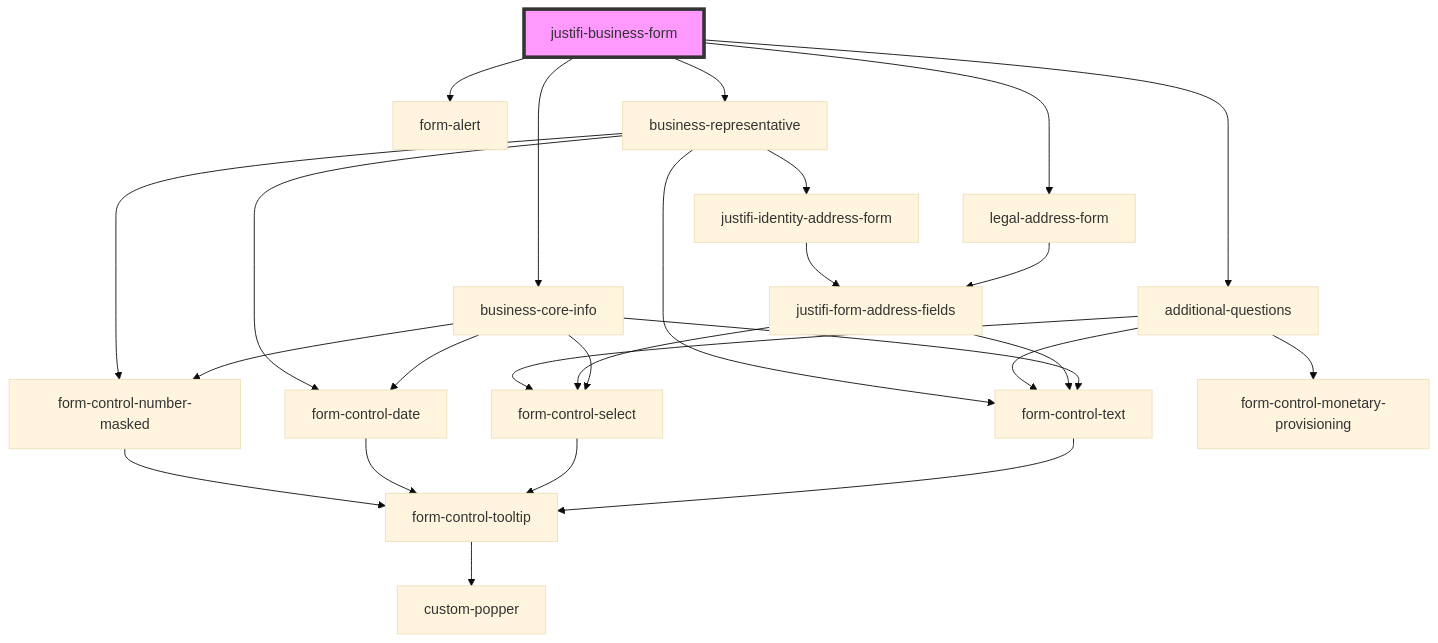
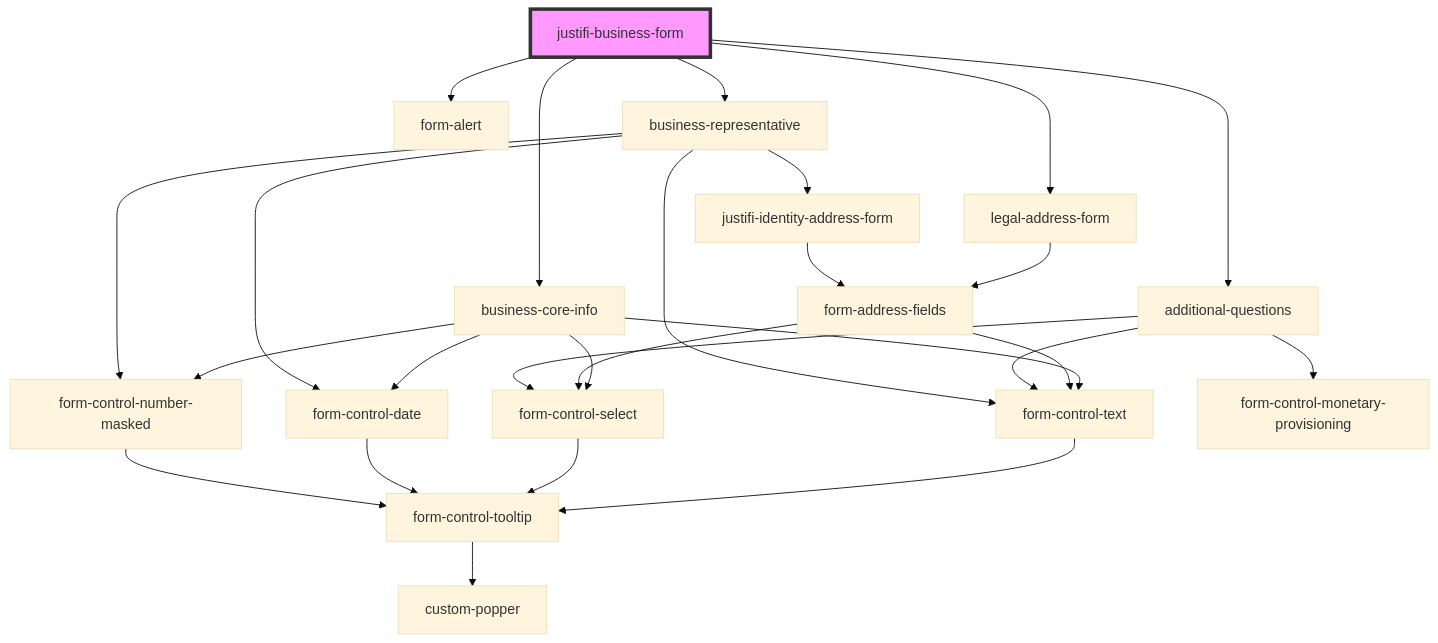
Before and after one commit to justifi-tech/web-component-library: the diagram in packages/webcomponents/src/components/business-forms/business-form/readme.md, drawn with Mermaid (base theme). The commit also changed 36 other files, not shown here.

````diff
--- a/packages/webcomponents/src/components/business-forms/business-form/readme.md
+++ b/packages/webcomponents/src/components/business-forms/business-form/readme.md
@@ -39,29 +39,29 @@
 ```mermaid
 graph TD;
   justifi-business-form --> form-alert
   justifi-business-form --> business-core-info
   justifi-business-form --> legal-address-form
   justifi-business-form --> additional-questions
   justifi-business-form --> business-representative
   business-core-info --> form-control-text
   business-core-info --> form-control-select
   business-core-info --> form-control-date
   business-core-info --> form-control-number-masked
   form-control-text --> form-control-tooltip
   form-control-tooltip --> custom-popper
   form-control-select --> form-control-tooltip
   form-control-date --> form-control-tooltip
   form-control-number-masked --> form-control-tooltip
-  legal-address-form --> justifi-form-address-fields
-  justifi-form-address-fields --> form-control-text
-  justifi-form-address-fields --> form-control-select
+  legal-address-form --> form-address-fields
+  form-address-fields --> form-control-text
+  form-address-fields --> form-control-select
   additional-questions --> form-control-monetary-provisioning
   additional-questions --> form-control-select
   additional-questions --> form-control-text
   business-representative --> form-control-text
   business-representative --> form-control-number-masked
   business-representative --> form-control-date
   business-representative --> justifi-identity-address-form
-  justifi-identity-address-form --> justifi-form-address-fields
+  justifi-identity-address-form --> form-address-fields
   style justifi-business-form fill:#f9f,stroke:#333,stroke-width:4px
 ```
````
